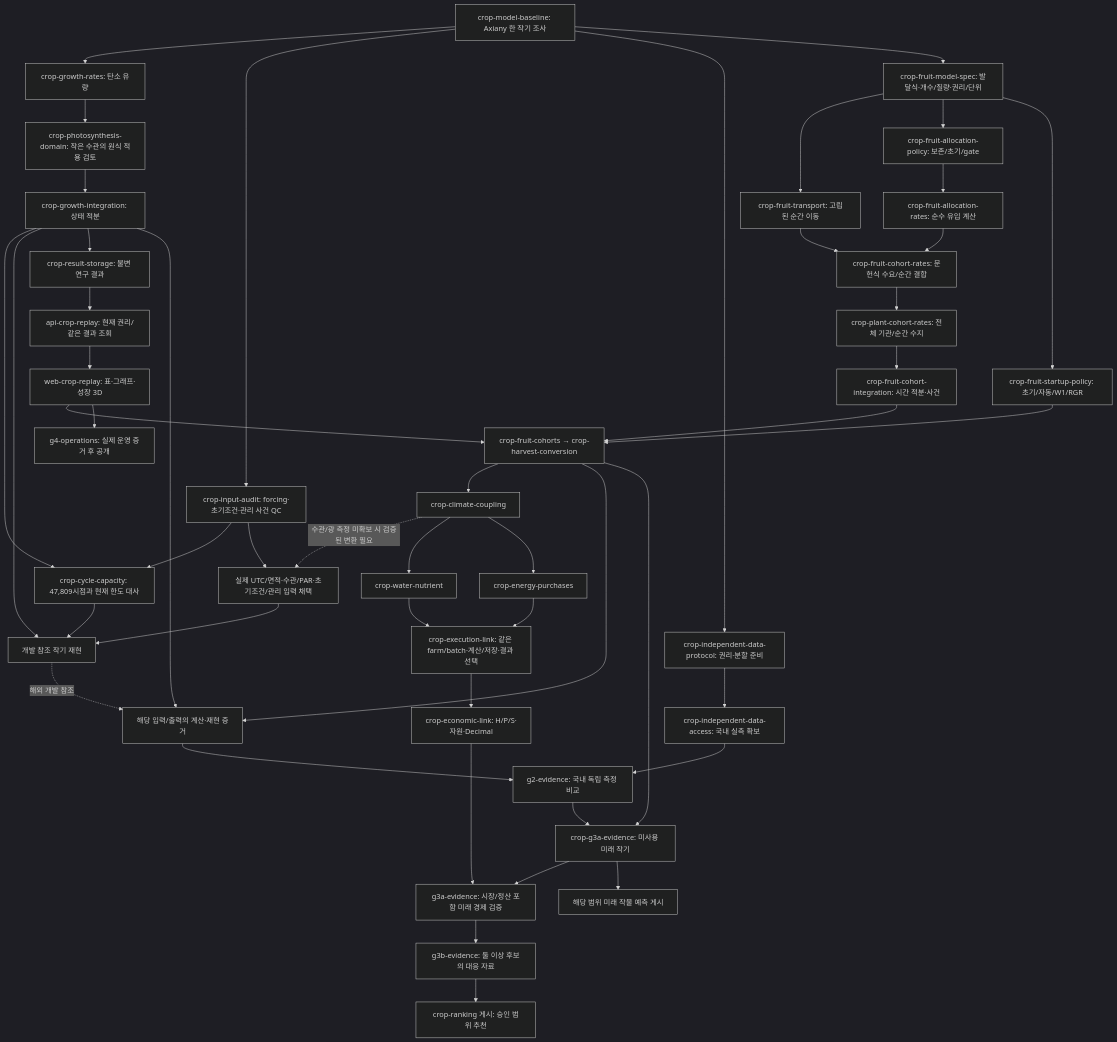
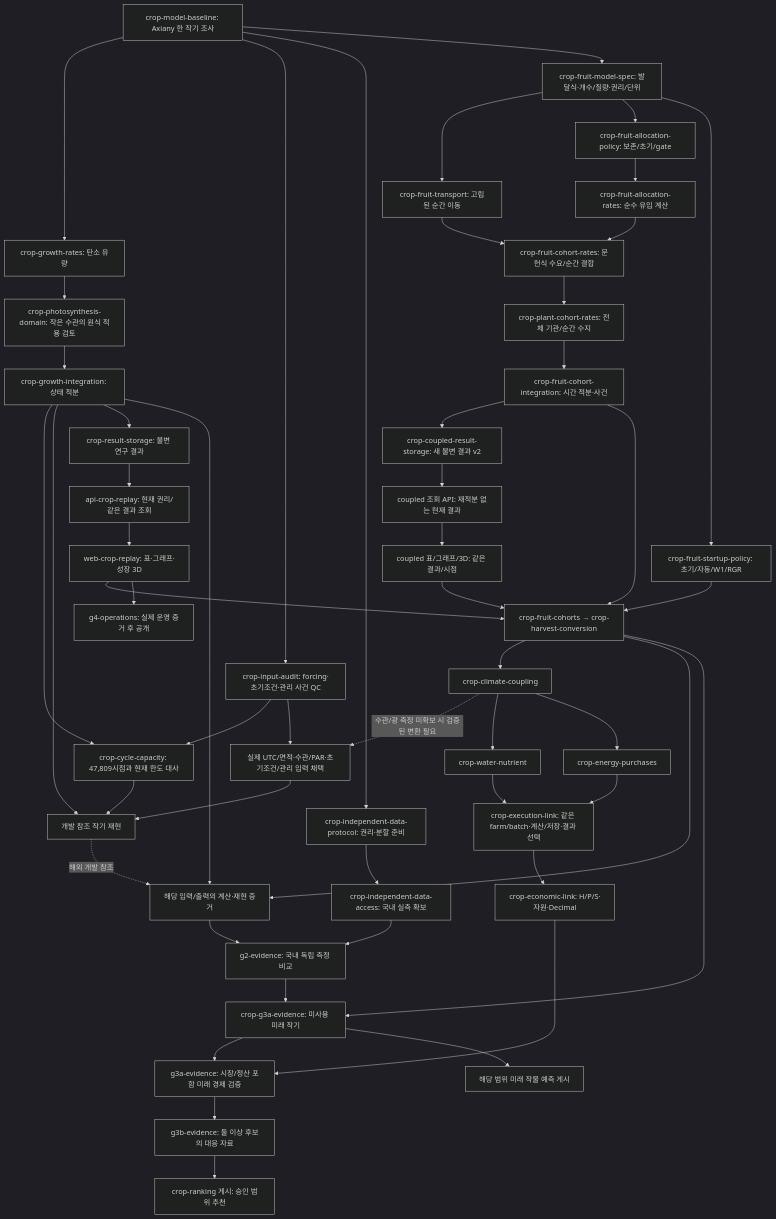
Before and after one commit to KIMSUNGHOON/OpenSmartFarmSim: the first of 2 diagrams in tasks/plan.md, drawn with Mermaid (dark theme). The commit also changed other lines of this file and 12 other files, not shown here.

````diff
--- a/tasks/plan.md
+++ b/tasks/plan.md
@@ -29,50 +30,54 @@
 ```mermaid
 flowchart TD
   B["crop-model-baseline: Axiany 한 작기 조사"] --> R["crop-growth-rates: 탄소 유량"]
   B --> Q["crop-input-audit: forcing·초기조건·관리 사건 QC"]
   B --> AP["crop-independent-data-protocol: 권리·분할 준비"]
   AP --> A["crop-independent-data-access: 국내 실측 확보"]
   R --> D["crop-photosynthesis-domain: 작은 수관의 원식 적용 검토"]
   D --> I["crop-growth-integration: 상태 적분"]
   Q --> CAP["crop-cycle-capacity: 47,809시점과 현재 한도 대사"]
   I --> CAP
   CAP --> X["개발 참조 작기 재현"]
   Q --> AQ["실제 UTC/면적·수관/PAR·초기조건/관리 입력 채택"]
   AQ --> X
   I --> X
   I --> S["crop-result-storage: 불변 연구 결과"]
   S --> API["api-crop-replay: 현재 권리/같은 결과 조회"]
   API --> V["web-crop-replay: 표·그래프·성장 3D"]
   B --> FM["crop-fruit-model-spec: 발달식·개수/질량·권리/단위"]
   FM --> FT["crop-fruit-transport: 고립된 순간 이동"]
   FM --> FP["crop-fruit-allocation-policy: 보존/초기/gate"]
   FT --> CR["crop-fruit-cohort-rates: 문헌식 수요/순간 결합"]
   FP --> FA["crop-fruit-allocation-rates: 순수 유입 계산"]
   FA --> CR
   CR --> PC["crop-plant-cohort-rates: 전체 기관/순간 수지"]
   PC --> CI["crop-fruit-cohort-integration: 시간 적분·사건"]
+  CI --> CS["crop-coupled-result-storage: 새 불변 결과 v2"]
+  CS --> CA["coupled 조회 API: 재적분 없는 현재 결과"]
+  CA --> CV["coupled 표/그래프/3D: 같은 결과/시점"]
   FM --> ST["crop-fruit-startup-policy: 초기/자동/W1/RGR"]
   CI --> F["crop-fruit-cohorts → crop-harvest-conversion"]
   ST --> F
   V --> F
+  CV --> F
   F --> C["crop-climate-coupling"]
   C -. 수관/광 측정 미확보 시 검증된 변환 필요 .-> AQ
   C --> W["crop-water-nutrient"]
   C --> E["crop-energy-purchases"]
   W --> L["crop-execution-link: 같은 farm/batch·계산/저장·결과 선택"]
   E --> L
   L --> M["crop-economic-link: H/P/S·자원·Decimal"]
   A --> G2["g2-evidence: 국내 독립 측정 비교"]
   I --> CALC["해당 입력/출력의 계산·재현 증거"]
   F --> CALC
   X -. 해외 개발 참조 .-> CALC
   CALC --> G2
   G2 --> G3A["crop-g3a-evidence: 미사용 미래 작기"]
   F --> G3A
   M --> EC["g3a-evidence: 시장/정산 포함 미래 경제 검증"]
   G3A --> EC
   G3A --> P["해당 범위 미래 작물 예측 게시"]
   EC --> PAIR["g3b-evidence: 둘 이상 후보의 대응 자료"]
   PAIR --> REC["crop-ranking 게시: 승인 범위 추천"]
   V --> PUB["g4-operations: 실제 운영 증거 후 공개"]
 ```
````
